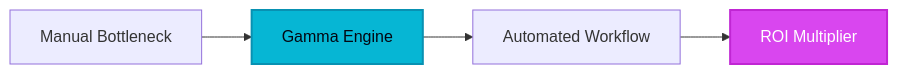
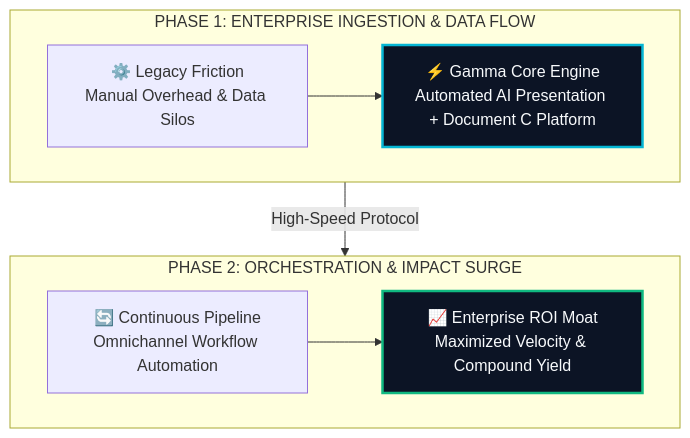
One commit to heliatech-media/saas-radar changed the diagram in site/src/content/blog/gamma-evolution-guide-2026.md. Above: the diagram before and after it, drawn with Mermaid. The commit also changed 97 other files, not shown here.

First line of the commit message:
feat(diagrams): upgrade all article architecture schemas to high-impact 2-tier responsive vector blueprints

````diff
--- a/site/src/content/blog/gamma-evolution-guide-2026.md
+++ b/site/src/content/blog/gamma-evolution-guide-2026.md
@@ -62,8 +62,14 @@
 ```mermaid
-flowchart LR
-    A[Manual Bottleneck] --> B[Gamma Engine]
-    B --> C[Automated Workflow]
-    C --> D[ROI Multiplier]
-    style B fill:#06b6d4,stroke:#0891b2,stroke-width:2px,color:#030712
-    style D fill:#d946ef,stroke:#c026d3,stroke-width:2px,color:#ffffff
+flowchart TD
+    subgraph S1["PHASE 1: ENTERPRISE INGESTION & DATA FLOW"]
+        direction LR
+        A["⚙️ Legacy Friction<br/>Manual Overhead & Data Silos"] --> B["⚡ Gamma Core Engine<br/>Automated AI Presentation + Document C Platform"]
+    end
+    subgraph S2["PHASE 2: ORCHESTRATION & IMPACT SURGE"]
+        direction LR
+        C["🔄 Continuous Pipeline<br/>Omnichannel Workflow Automation"] --> D["📈 Enterprise ROI Moat<br/>Maximized Velocity & Compound Yield"]
+    end
+    S1 -->|High-Speed Protocol| S2
+    style B fill:#0c1425,stroke:#06b6d4,stroke-width:2.5px,color:#f8fafc
+    style D fill:#0c1425,stroke:#10b981,stroke-width:2.5px,color:#f8fafc
 ```
````
